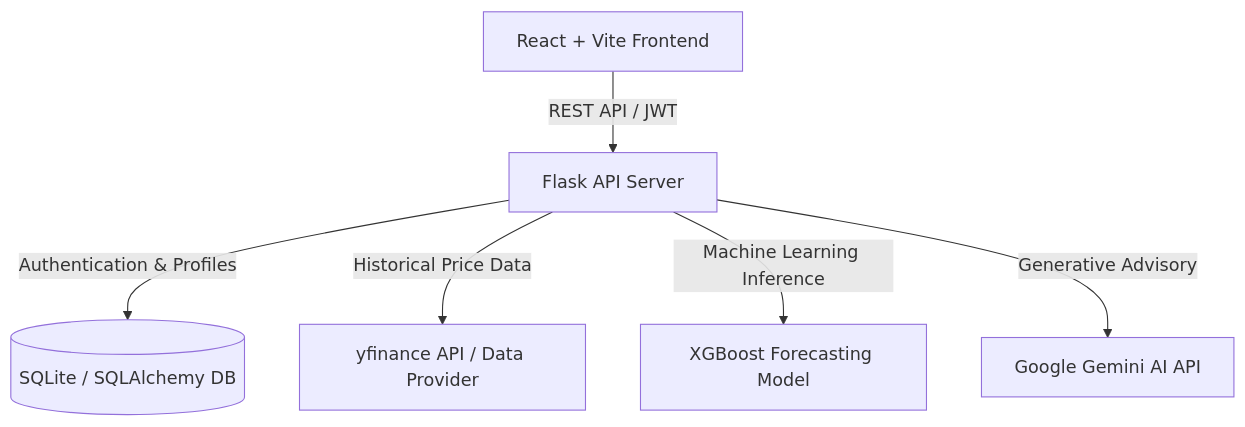
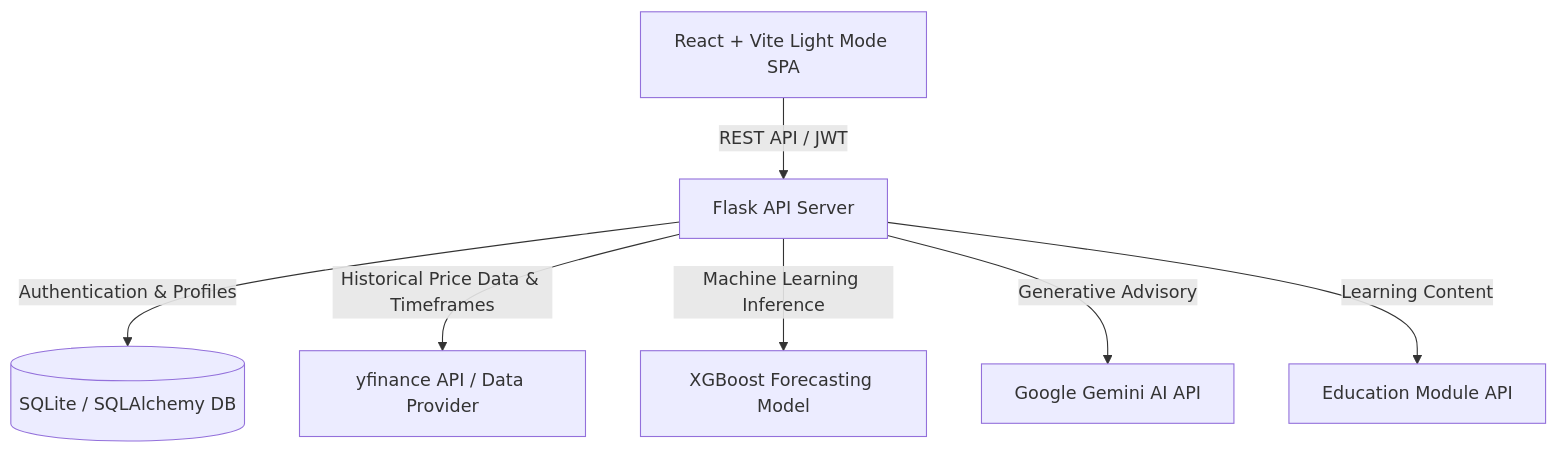
The diagram in README.md (Anubha-create/Finguide_AI), drawn with Mermaid before and after one commit. The commit also changed other lines of this file and 18 other files, not shown here.

Commit message:
feat: Add Light Mode theme, Education Hub (Beginner/Intermediate/Advanced), timeframe graph controls (1D, 1W, 1M, 1Y, ALL), and fix recommendations page

````diff
--- a/README.md
+++ b/README.md
@@ -22,8 +23,9 @@
 ```mermaid
 graph TD
-    Client[React + Vite Frontend] -->|REST API / JWT| Backend[Flask API Server]
+    Client[React + Vite Light Mode SPA] -->|REST API / JWT| Backend[Flask API Server]
     Backend -->|Authentication & Profiles| DB[(SQLite / SQLAlchemy DB)]
-    Backend -->|Historical Price Data| MarketData[yfinance API / Data Provider]
+    Backend -->|Historical Price Data & Timeframes| MarketData[yfinance API / Data Provider]
     Backend -->|Machine Learning Inference| ML[XGBoost Forecasting Model]
     Backend -->|Generative Advisory| Gemini[Google Gemini AI API]
+    Backend -->|Learning Content| Edu[Education Module API]
 ```
````
